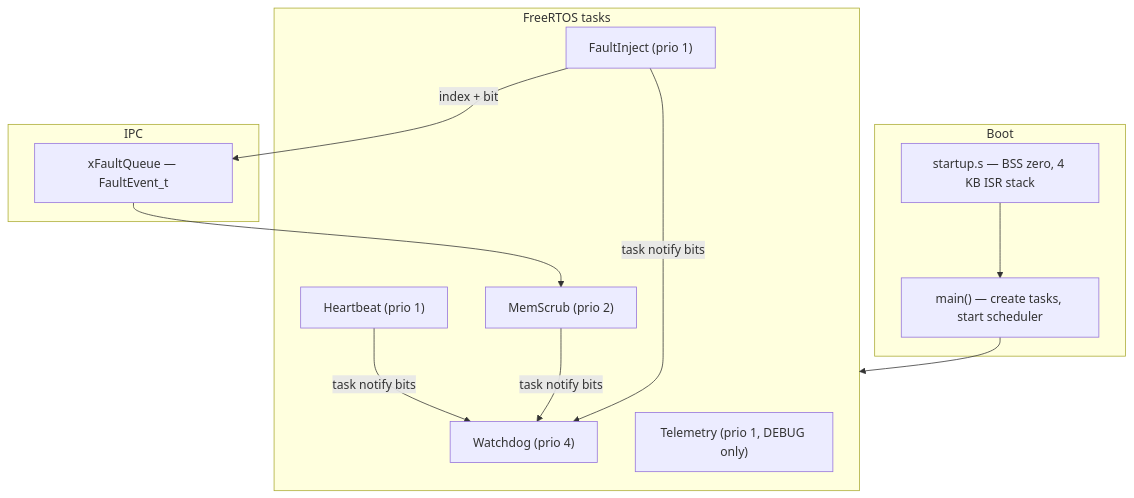
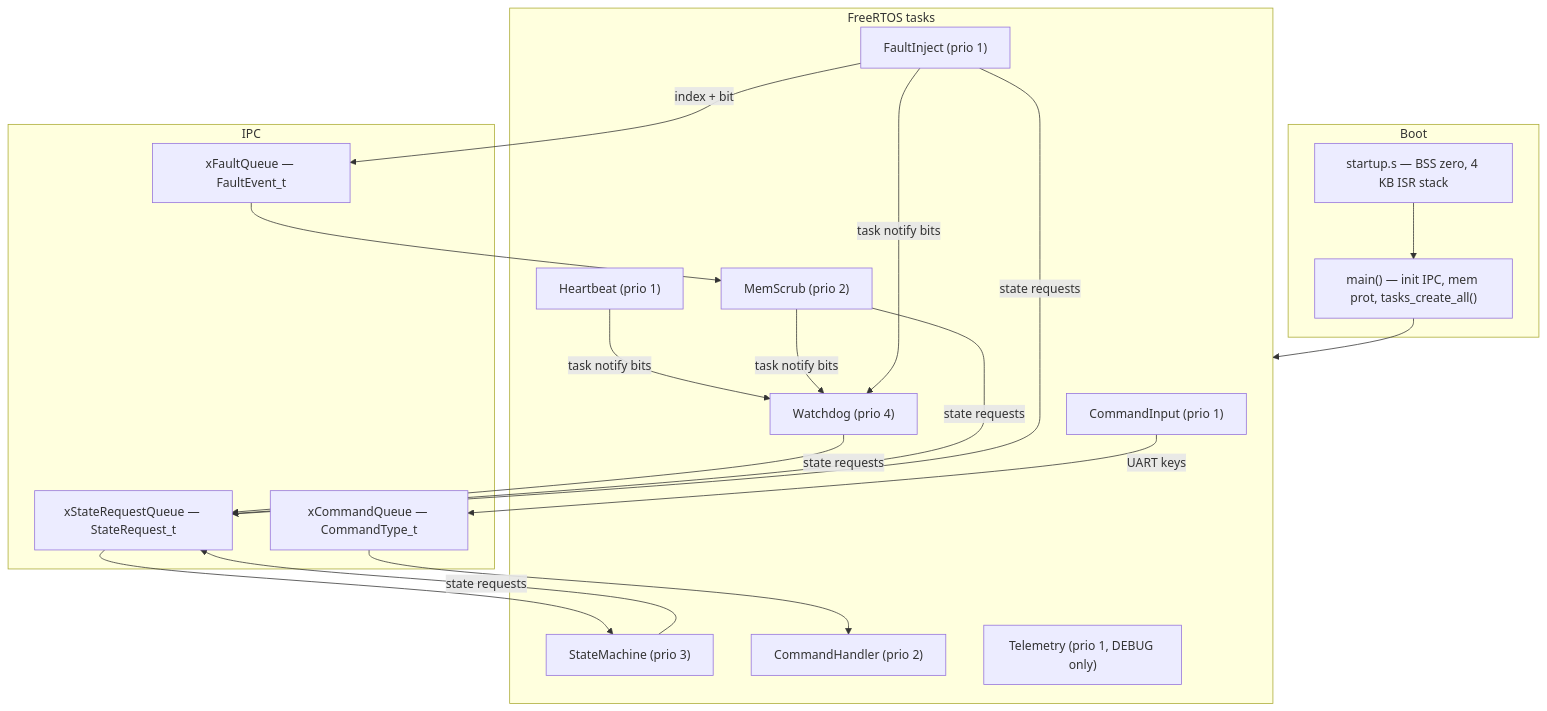
The diagram in README.md (fer90/space-baremetal-skeleton), drawn with Mermaid before and after one commit. The commit also changed other lines of this file and 16 other files, not shown here.

````diff
--- a/README.md
+++ b/README.md
@@ -18,25 +19,34 @@
 ```mermaid
 flowchart TB
     subgraph boot [Boot]
         startup["startup.s — BSS zero, 4 KB ISR stack"]
-        main["main() — create tasks, start scheduler"]
+        main["main() — init IPC, mem prot, tasks_create_all()"]
     end
 
     subgraph tasks [FreeRTOS tasks]
         WD["Watchdog (prio 4)"]
+        SM["StateMachine (prio 3)"]
         MS["MemScrub (prio 2)"]
+        CH["CommandHandler (prio 2)"]
         HB["Heartbeat (prio 1)"]
         FI["FaultInject (prio 1)"]
+        CI["CommandInput (prio 1)"]
         TE["Telemetry (prio 1, DEBUG only)"]
     end
 
     subgraph ipc [IPC]
         FQ["xFaultQueue — FaultEvent_t"]
+        SQ["xStateRequestQueue — StateRequest_t"]
+        CQ["xCommandQueue — CommandType_t"]
     end
 
     startup --> main
     main --> tasks
     FI -->|"index + bit"| FQ
     FQ --> MS
+    WD & MS & FI & SM -->|"state requests"| SQ
+    SQ --> SM
+    CI -->|"UART keys"| CQ
+    CQ --> CH
     HB & MS & FI -->|"task notify bits"| WD
 ```
````
